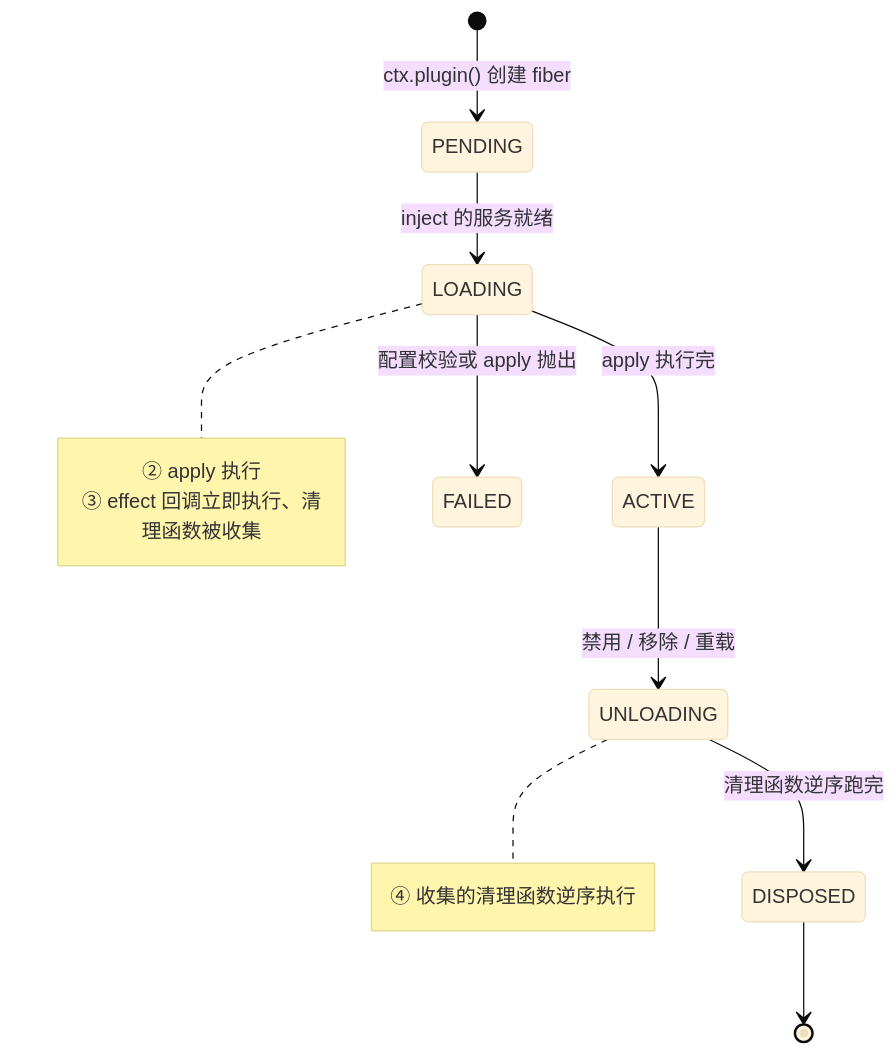
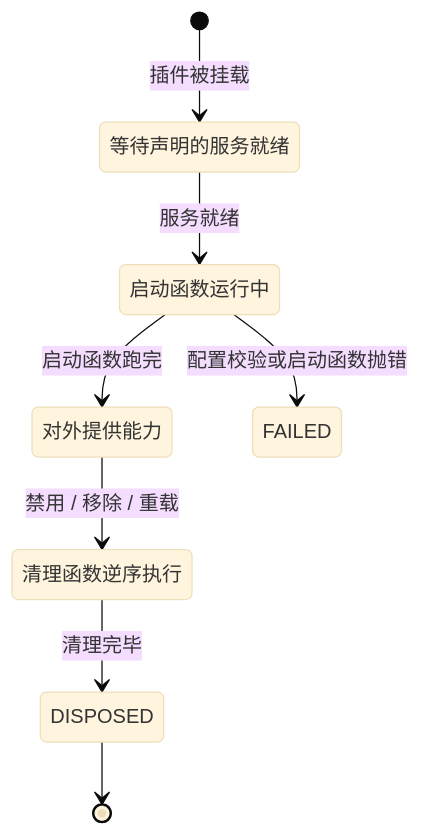
One commit to anthonyzhao-4926/blog changed the first of 2 diagrams in dsh 插件开发学习/05-插件生命周期与 ctx.effect.md. Above: the diagram before and after it, drawn with Mermaid (base theme). The commit also changed other lines of this file and 38 other files, not shown here.

````diff
--- a/dsh 插件开发学习/05-插件生命周期与 ctx.effect.md
+++ b/dsh 插件开发学习/05-插件生命周期与 ctx.effect.md
@@ -33,17 +37,14 @@
 ```mermaid
 stateDiagram-v2
-    [*] --> PENDING: ctx.plugin() 创建 fiber
-    PENDING --> LOADING: inject 的服务就绪
-    LOADING --> ACTIVE: apply 执行完
-    LOADING --> FAILED: 配置校验或 apply 抛出
+    [*] --> PENDING: 插件被挂载
+    PENDING: 等待声明的服务就绪
+    PENDING --> LOADING: 服务就绪
+    LOADING: 启动函数运行中
+    LOADING --> ACTIVE: 启动函数跑完
+    LOADING --> FAILED: 配置校验或启动函数抛错
+    ACTIVE: 对外提供能力
     ACTIVE --> UNLOADING: 禁用 / 移除 / 重载
-    UNLOADING --> DISPOSED: 清理函数逆序跑完
+    UNLOADING: 清理函数逆序执行
+    UNLOADING --> DISPOSED: 清理完毕
     DISPOSED --> [*]
-    note right of LOADING
-        ② apply 执行
-        ③ effect 回调立即执行、清理函数被收集
-    end note
-    note right of UNLOADING
-        ④ 收集的清理函数逆序执行
-    end note
 ```
````
